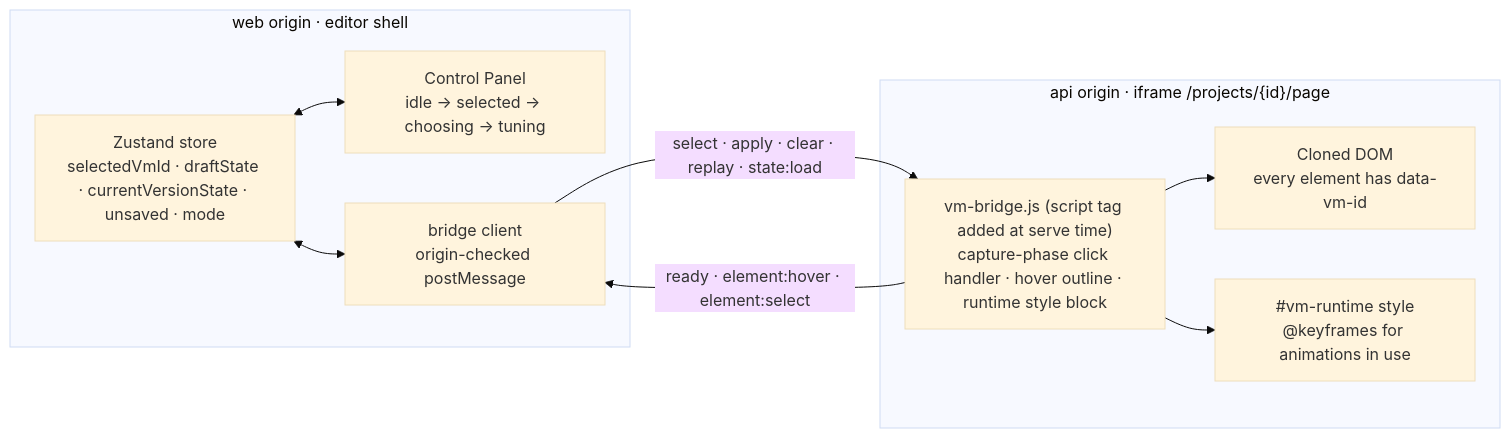
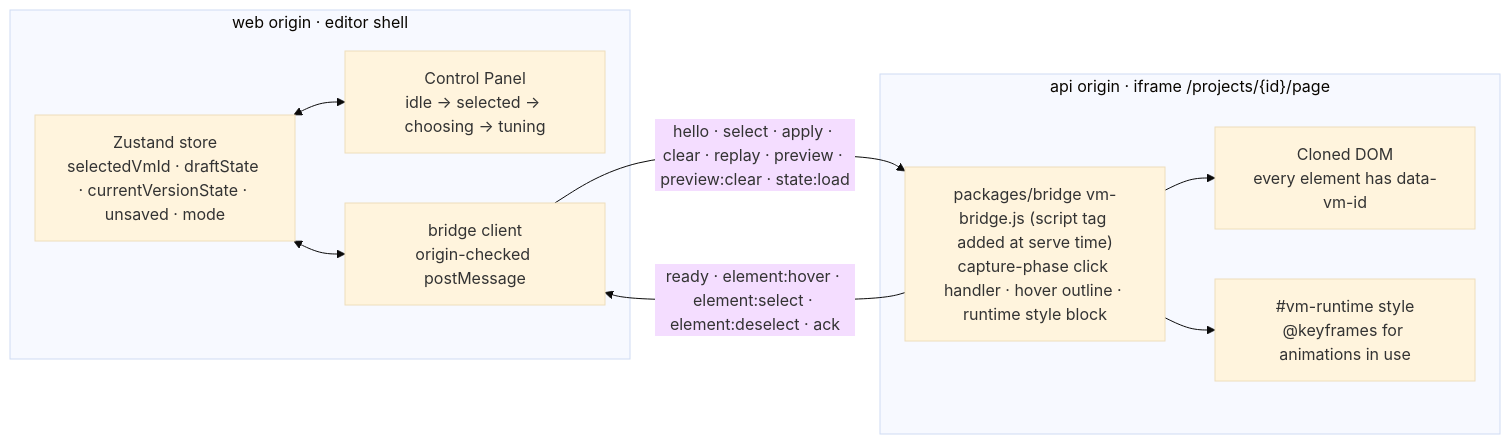
The seventh of 12 diagrams in docs/architecture.md (ludaxkris/vibe_motion), drawn with Mermaid (base theme) before and after one commit. The commit also changed other lines of this file and 57 other files, not shown here.

Commit message:
feat(phase-4): selection bridge and live preview — client, API wiring, shell integration, e2e (#18)

````diff
--- a/docs/architecture.md
+++ b/docs/architecture.md
@@ -176,21 +178,21 @@
 ```mermaid
 flowchart LR
   subgraph shell["web origin · editor shell"]
     store["Zustand store<br/>selectedVmId · draftState · currentVersionState · unsaved · mode"]
     panel["Control Panel<br/>idle → selected → choosing → tuning"]
     bridgeClient["bridge client<br/>origin-checked postMessage"]
     store <--> panel
     store <--> bridgeClient
   end
 
   subgraph frame["api origin · iframe /projects/{id}/page"]
-    bridgeScript["vm-bridge.js (script tag added at serve time)<br/>capture-phase click handler · hover outline · runtime style block"]
+    bridgeScript["packages/bridge vm-bridge.js (script tag added at serve time)<br/>capture-phase click handler · hover outline · runtime style block"]
     dom["Cloned DOM<br/>every element has data-vm-id"]
     runtime["#vm-runtime style<br/>@keyframes for animations in use"]
     bridgeScript --> dom
     bridgeScript --> runtime
   end
 
-  bridgeClient -- "select · apply · clear · replay · state:load" --> bridgeScript
-  bridgeScript -- "ready · element:hover · element:select" --> bridgeClient
+  bridgeClient -- "hello · select · apply · clear · replay · preview · preview:clear · state:load" --> bridgeScript
+  bridgeScript -- "ready · element:hover · element:select · element:deselect · ack" --> bridgeClient
 ```
````
